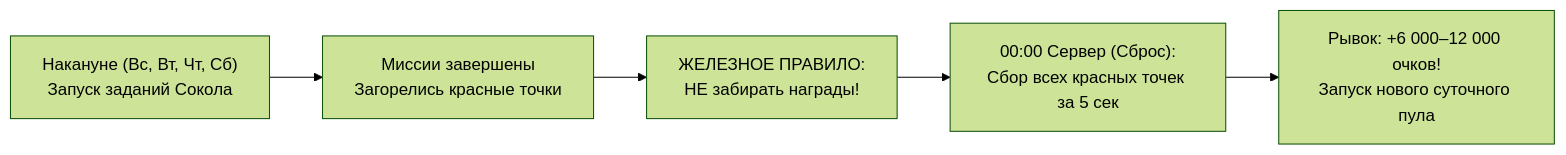
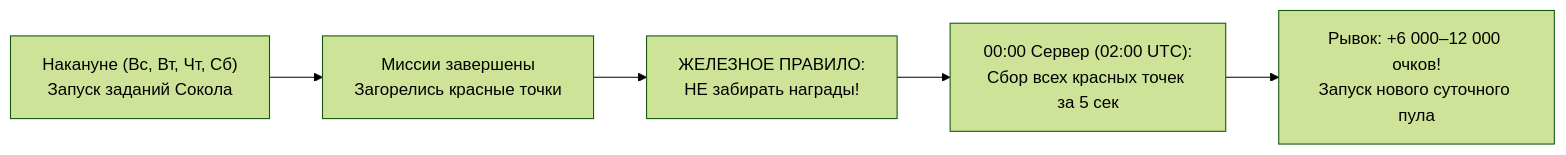
Before and after one commit to Fongobongo/last-asylum-website: the first of 2 diagrams in site/content/guides/ru/events/supreme-healer.md, drawn with Mermaid (forest theme). The commit also changed other lines of this file and 1 other file, not shown here.

````diff
--- a/site/content/guides/ru/events/supreme-healer.md
+++ b/site/content/guides/ru/events/supreme-healer.md
@@ -75,7 +81,7 @@
 ```mermaid
 flowchart LR
     A["Накануне (Вс, Вт, Чт, Сб)<br>Запуск заданий Сокола"] --> B["Миссии завершены<br>Загорелись красные точки"]
     B --> C["ЖЕЛЕЗНОЕ ПРАВИЛО:<br>НЕ забирать награды!"]
-    C --> D["00:00 Сервер (Сброс):<br>Сбор всех красных точек за 5 сек"]
+    C --> D["00:00 Сервер (02:00 UTC):<br>Сбор всех красных точек за 5 сек"]
     D --> E["Рывок: +6 000–12 000 очков!<br>Запуск нового суточного пула"]
 ```
````
